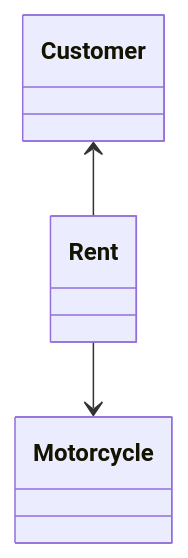
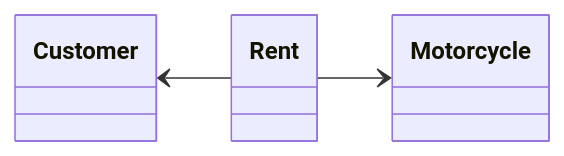
Before and after one commit to fksalviano/rent-motorcycle-api: the first of 4 diagrams in README.md, drawn with Mermaid.

`````diff
--- a/README.md
+++ b/README.md
@@ -5,5 +5,6 @@
 ```mermaid
 classDiagram
+direction LR
     Customer <-- Rent
     Rent --> Motorcycle
 ````
`````
